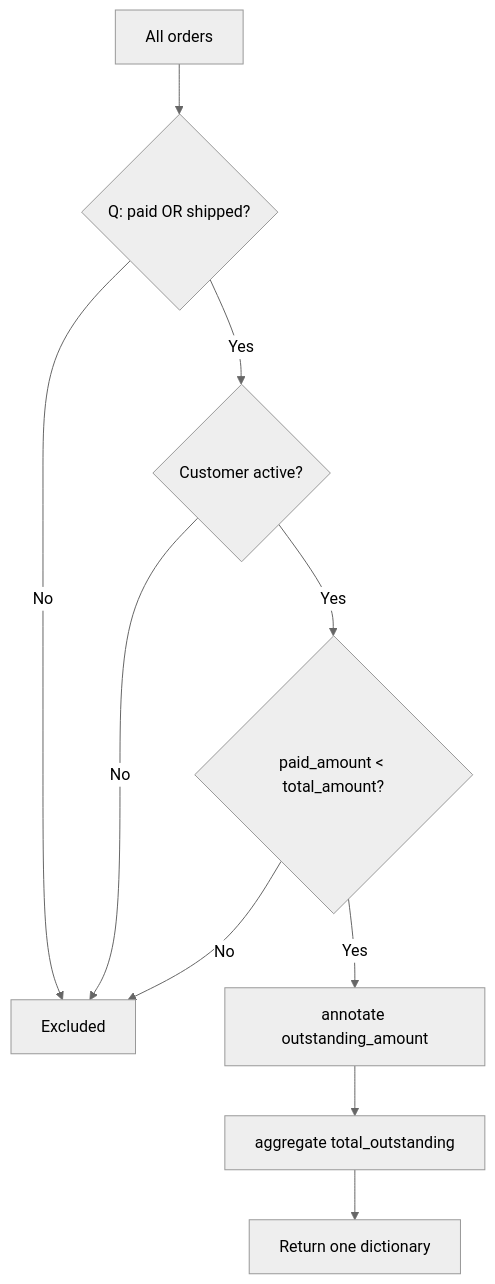
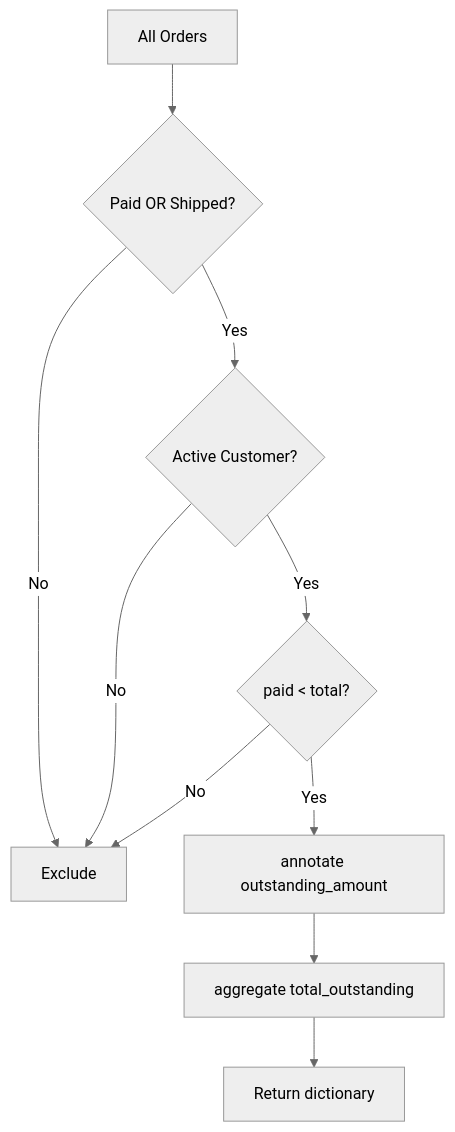
The fifth of 5 diagrams in src/content/django/q-f-annotate-aggregate.md (AvadhBhalodiya/Interview-Preparation), drawn with Mermaid (neutral theme) before and after one commit. The commit also changed other lines of this file and 80 other files, not shown here.

````diff
--- a/src/content/django/q-f-annotate-aggregate.md
+++ b/src/content/django/q-f-annotate-aggregate.md
@@ -1091,12 +999,16 @@
 ```mermaid
 flowchart TD
-    A[All orders] --> B{Q: paid OR shipped?}
-    B -- No --> X[Excluded]
-    B -- Yes --> C{Customer active?}
+    A[All Orders] --> B{Paid OR Shipped?}
+
+    B -- No --> X[Exclude]
+    B -- Yes --> C{Active Customer?}
+
     C -- No --> X
-    C -- Yes --> D{paid_amount < total_amount?}
+    C -- Yes --> D{paid < total?}
+
     D -- No --> X
     D -- Yes --> E[annotate outstanding_amount]
+
     E --> F[aggregate total_outstanding]
-    F --> G[Return one dictionary]
+    F --> G[Return dictionary]
 ```
````
